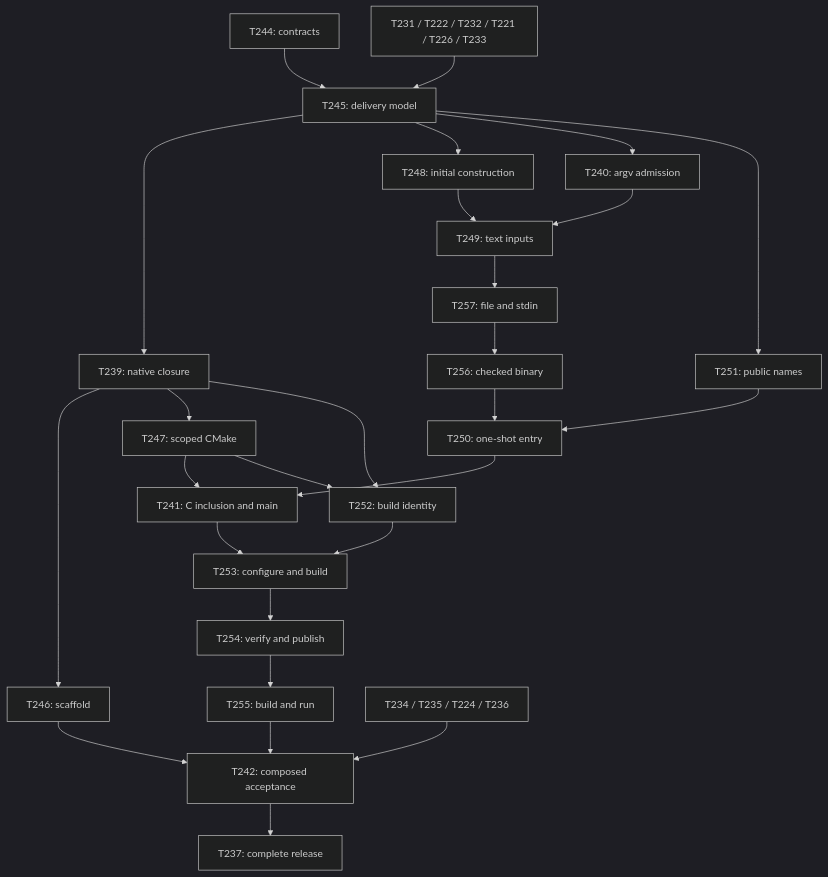
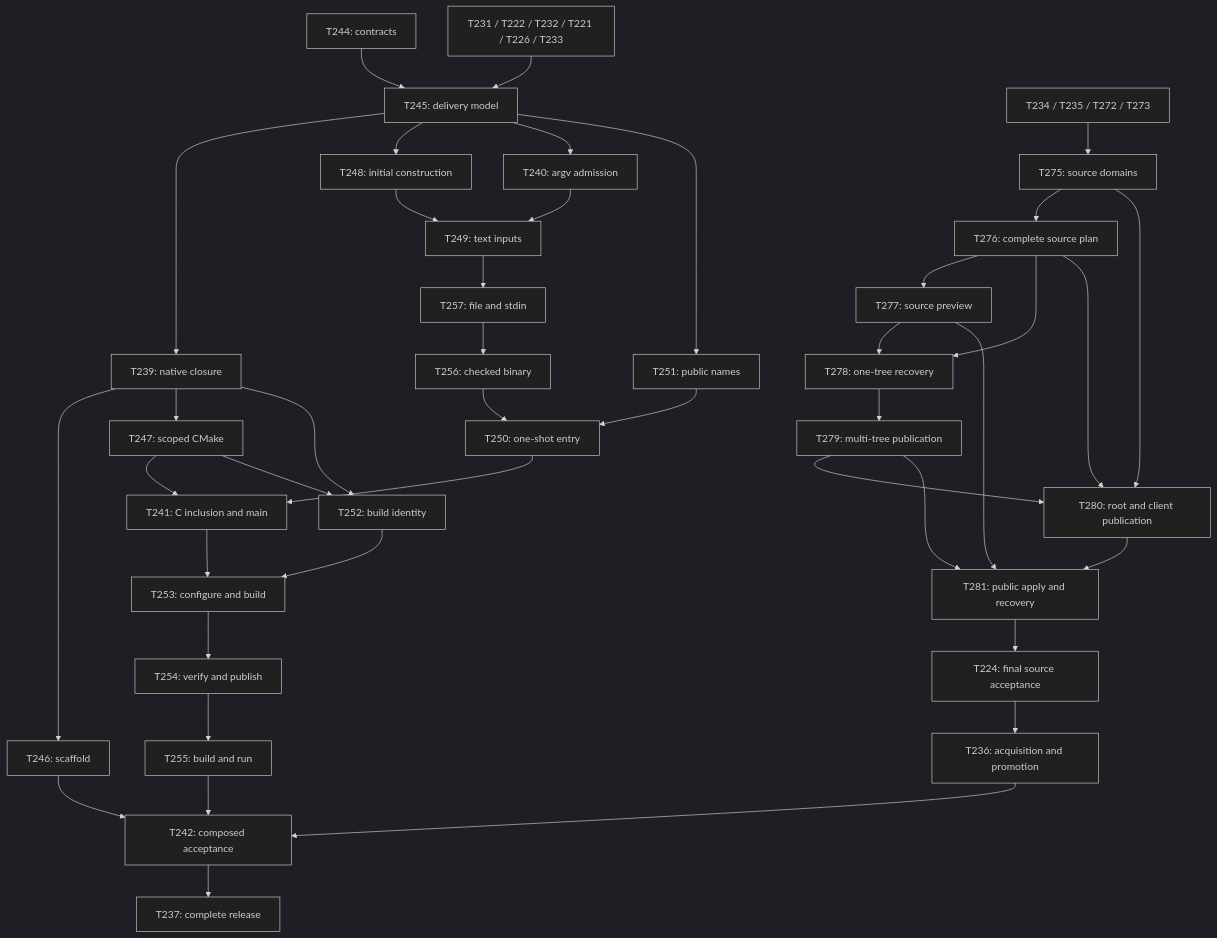
The diagram in docs/implementation/cmake-launcher-plan.md (mem-memov/ama), drawn with Mermaid (dark theme) before and after one commit. The commit also changed other lines of this file and 8 other files, not shown here.

````diff
--- a/docs/implementation/cmake-launcher-plan.md
+++ b/docs/implementation/cmake-launcher-plan.md
@@ -125,29 +139,43 @@
 ```mermaid
 flowchart TD
     contracts[T244: contracts] --> request[T245: delivery model]
     foundations[T231 / T222 / T232 / T221 / T226 / T233] --> request
     request --> native[T239: native closure]
     native --> scaffold[T246: scaffold]
     native --> cmake[T247: scoped CMake]
     request --> construction[T248: initial construction]
     request --> arguments[T240: argv admission]
     construction --> text[T249: text inputs]
     arguments --> text
     text --> files[T257: file and stdin]
     files --> binary[T256: checked binary]
     request --> names[T251: public names]
     binary --> entry[T250: one-shot entry]
     names --> entry
     entry --> inclusion[T241: C inclusion and main]
     cmake --> inclusion
     native --> identity[T252: build identity]
     cmake --> identity
     identity --> processes[T253: configure and build]
     inclusion --> processes
     processes --> publish[T254: verify and publish]
     publish --> run[T255: build and run]
     run --> acceptance[T242: composed acceptance]
     scaffold --> acceptance
-    delivery[T234 / T235 / T224 / T236] --> acceptance
+    closure[T234 / T235 / T272 / T273] --> domains[T275: source domains]
+    domains --> operation[T276: complete source plan]
+    operation --> preview[T277: source preview]
+    operation --> journal[T278: one-tree recovery]
+    preview --> journal
+    journal --> transaction[T279: multi-tree publication]
+    domains --> roots[T280: root and client publication]
+    operation --> roots
+    transaction --> roots
+    preview --> apply[T281: public apply and recovery]
+    transaction --> apply
+    roots --> apply
+    apply --> sourcegate[T224: final source acceptance]
+    sourcegate --> delivery[T236: acquisition and promotion]
+    delivery --> acceptance
     acceptance --> release[T237: complete release]
 ```
````
